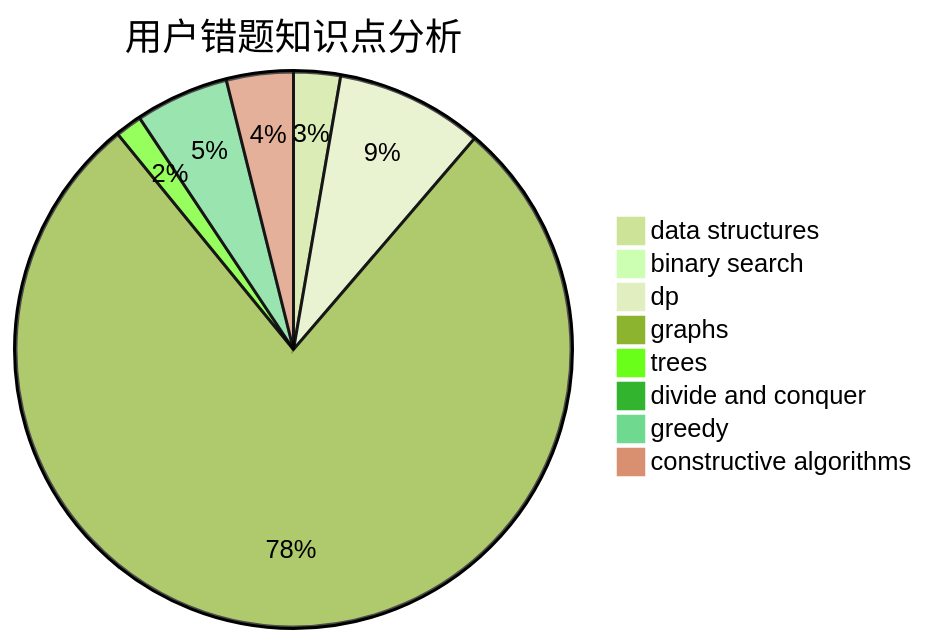
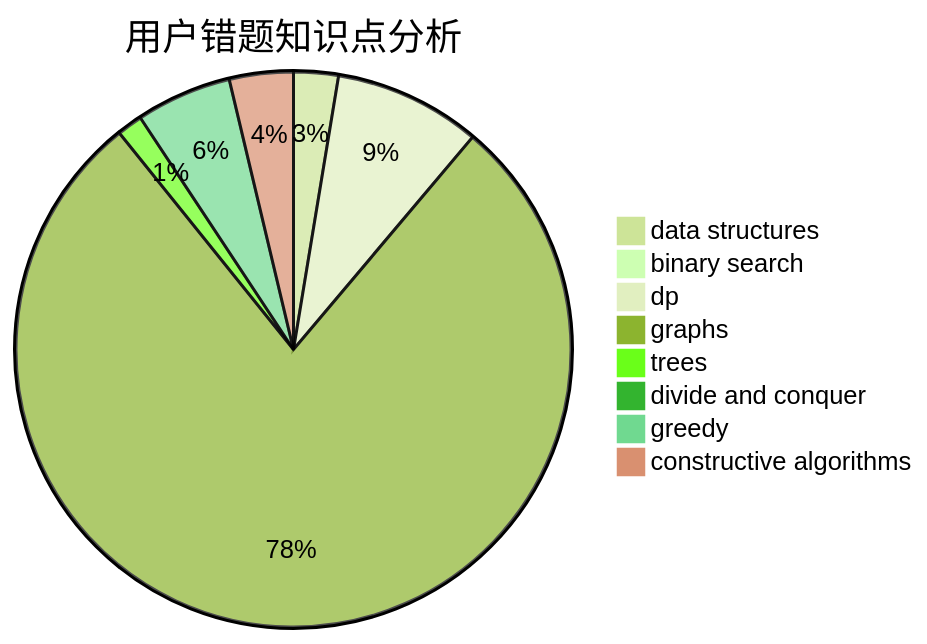
The third of 3 diagrams in docs/user/u161.md (sherpahu/cfrs.github.io), drawn with Mermaid (forest theme) before and after one commit. The commit also changed other lines of this file and 2770 other files, not shown here.

````diff
--- a/docs/user/u161.md
+++ b/docs/user/u161.md
@@ -36,11 +36,11 @@
 ```mermaid
 pie title 用户错题知识点分析
     "data structures" :  7
-    "binary search" :  0
-    "dp" :  22
-    "graphs" :  200
+    "binary search" :  1
+    "dp" :  23
+    "graphs" :  210
     "trees" :  4
     "divide and conquer" :  0
-    "greedy" :  14
+    "greedy" :  15
     "constructive algorithms" :  10
 ```
````
